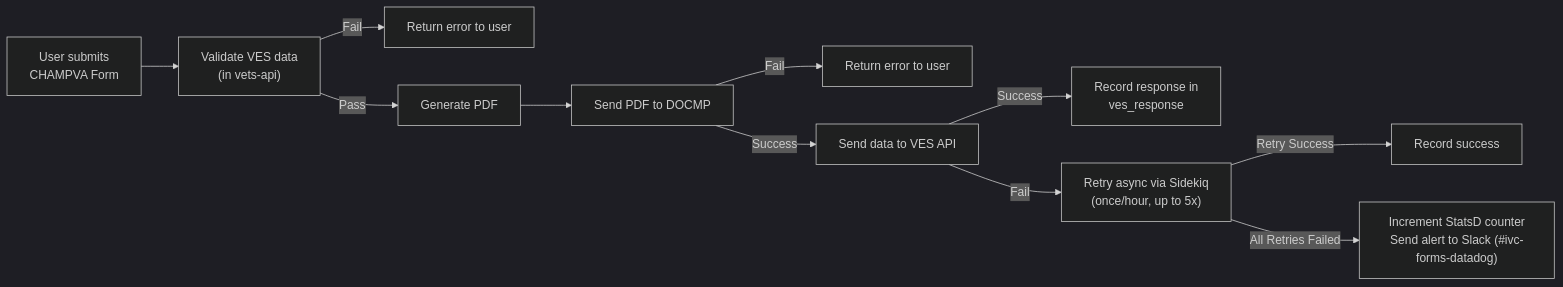
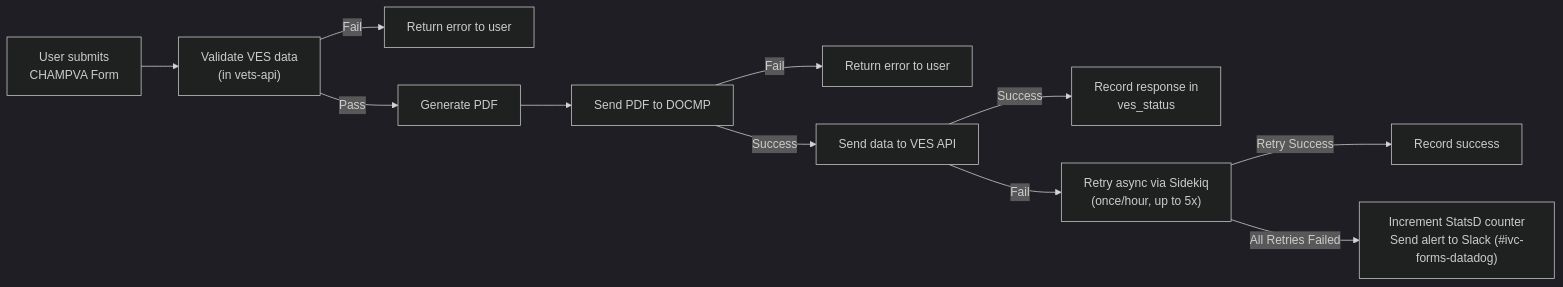
The diagram in products/health-care/champva/ADR-integration-with-ves-api.md (department-of-veterans-affairs/va.gov-team), drawn with Mermaid (dark theme) before and after one commit. The commit also changed other lines of this file, not shown here.

````diff
--- a/products/health-care/champva/ADR-integration-with-ves-api.md
+++ b/products/health-care/champva/ADR-integration-with-ves-api.md
@@ -57,13 +58,13 @@
 ```mermaid
 flowchart LR
     A["User submits<br/>CHAMPVA Form"] --> B["Validate VES data<br/>(in vets-api)"]
     B -- Fail --> C1["Return error to user"]
     B -- Pass --> C2["Generate PDF"]
     C2 --> D["Send PDF to DOCMP"]
     D -- Fail --> E1["Return error to user"]
     D -- Success --> E2["Send data to VES API"]
-    E2 -- Success --> F1["Record response in<br/>ves_response"]
+    E2 -- Success --> F1["Record response in<br/>ves_status"]
     E2 -- Fail --> F2["Retry async via Sidekiq<br/>(once/hour, up to 5x)"]
     F2 -- "Retry Success" --> G1["Record success"]
     F2 -- "All Retries Failed" --> G2["Increment StatsD counter<br/>Send alert to Slack (#ivc-forms-datadog)"]
 ```
````
